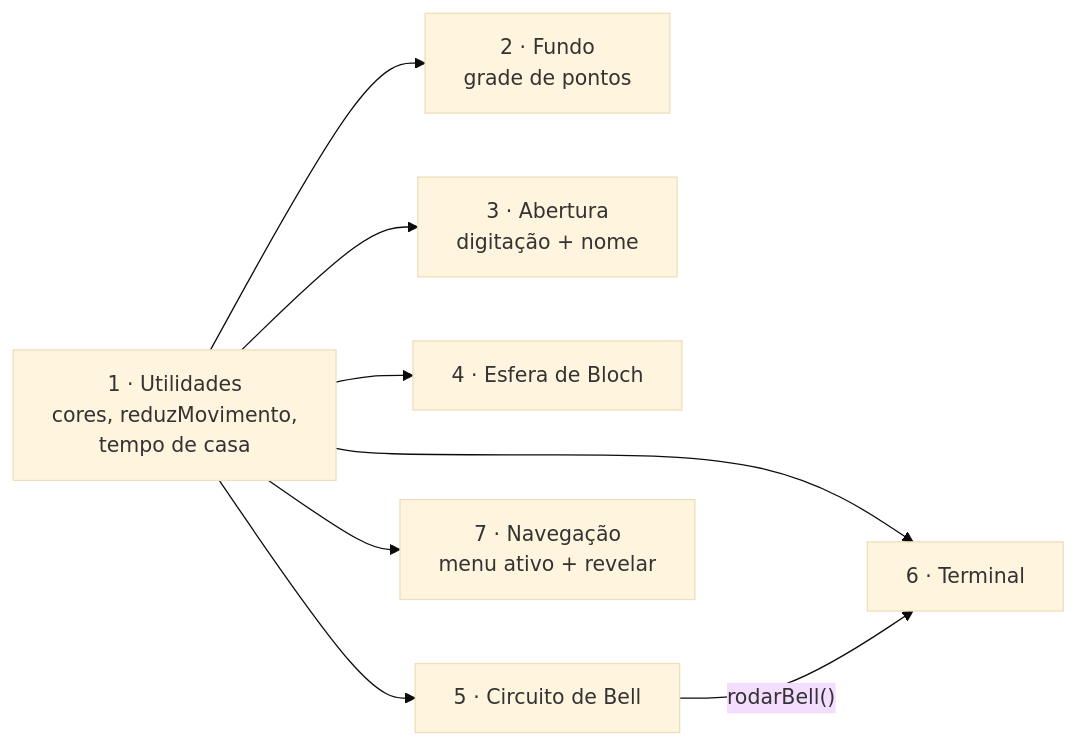
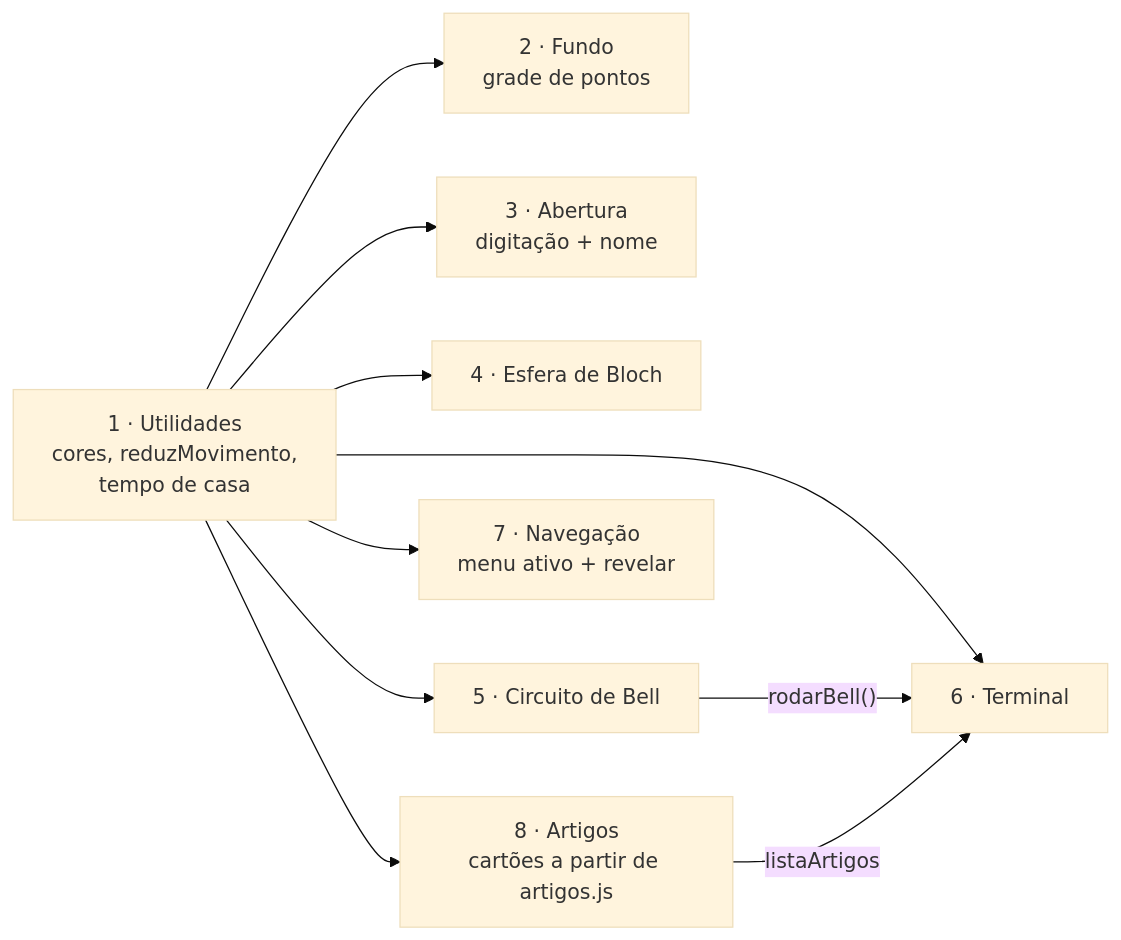
The third of 9 diagrams in docs/DOCUMENTACAO.md (TiagoRodriguesskt/Tiagorodriguesskt.github.io), drawn with Mermaid (base theme) before and after one commit. The commit also changed other lines of this file and 6 other files, not shown here.

````diff
--- a/docs/DOCUMENTACAO.md
+++ b/docs/DOCUMENTACAO.md
@@ -205,11 +206,13 @@
 ```mermaid
 flowchart LR
     U["1 · Utilidades<br/>cores, reduzMovimento,<br/>tempo de casa"]
     U --> F["2 · Fundo<br/>grade de pontos"]
     U --> A["3 · Abertura<br/>digitação + nome"]
     U --> B["4 · Esfera de Bloch"]
     U --> C["5 · Circuito de Bell"]
     U --> T["6 · Terminal"]
     U --> N["7 · Navegação<br/>menu ativo + revelar"]
+    U --> AR["8 · Artigos<br/>cartões a partir de artigos.js"]
     C -->|"rodarBell()"| T
+    AR -->|"listaArtigos"| T
 ```
````
